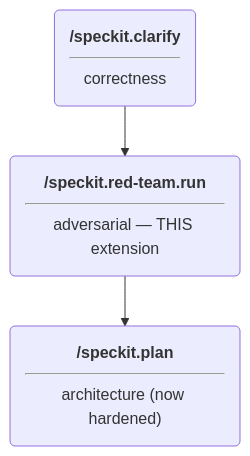
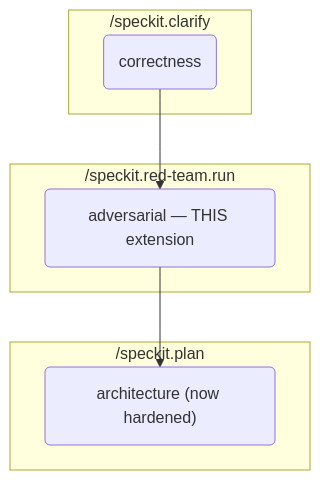
One commit to ashbrener/spec-kit-red-team changed the diagram in README.md. Above: the diagram before and after it, drawn with Mermaid.

Commit message:
docs: use Mermaid subgraphs so each step renders as a bordered container with a proper header bar (command name) and body (descriptor)

````diff
--- a/README.md
+++ b/README.md
@@ -28,8 +28,14 @@
 ```mermaid
 flowchart TD
-    A("<b>/speckit.clarify</b><hr>correctness")
-    B("<b>/speckit.red-team.run</b><hr>adversarial — THIS extension")
-    C("<b>/speckit.plan</b><hr>architecture (now hardened)")
+    subgraph clarify ["/speckit.clarify"]
+        A("correctness")
+    end
+    subgraph redteam ["/speckit.red-team.run"]
+        B("adversarial — THIS extension")
+    end
+    subgraph plan ["/speckit.plan"]
+        C("architecture (now hardened)")
+    end
     A --> B
     B --> C
 ```
````
